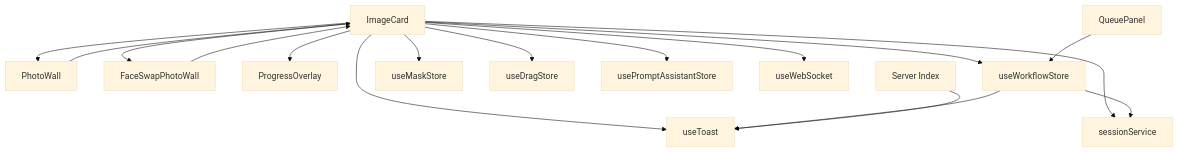
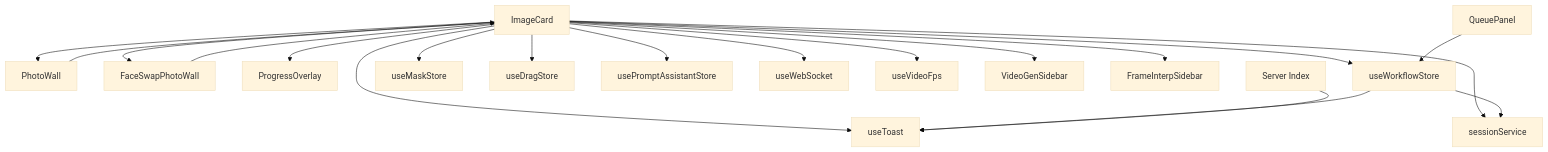
Diagram 11 of 11 in .qoder/repowiki/zh/content/用户界面组件/核心界面组件/图片卡片组件 (ImageCard)/图片卡片组件 (ImageCard).md (billye220670/CorineKit_Pix2Real), drawn with Mermaid (base theme) before and after one commit. The commit also changed other lines of this file and 11 other files, not shown here.

````diff
--- a/.qoder/repowiki/zh/content/用户界面组件/核心界面组件/图片卡片组件 (ImageCard)/图片卡片组件 (ImageCard).md
+++ b/.qoder/repowiki/zh/content/用户界面组件/核心界面组件/图片卡片组件 (ImageCard)/图片卡片组件 (ImageCard).md
@@ -383,19 +513,22 @@
 ```mermaid
 graph TD
 IC[ImageCard] --> PW[PhotoWall]
 IC --> FSPW[FaceSwapPhotoWall]
 IC --> PO[ProgressOverlay]
 IC --> UWS[useWorkflowStore]
 IC --> MS[useMaskStore]
 IC --> DS[useDragStore]
 IC --> PS[usePromptAssistantStore]
 IC --> WS[useWebSocket]
 IC --> TS[useToast]
 IC --> SS[sessionService]
+IC --> UVF[useVideoFps]
+IC --> VGS[VideoGenSidebar]
+IC --> FIS[FrameInterpSidebar]
 PW --> IC
 FSPW --> IC
 UWS --> TS
 UWS --> SS
 QP[QueuePanel] --> UWS
 SI[Server Index] --> TS
 ```
````
